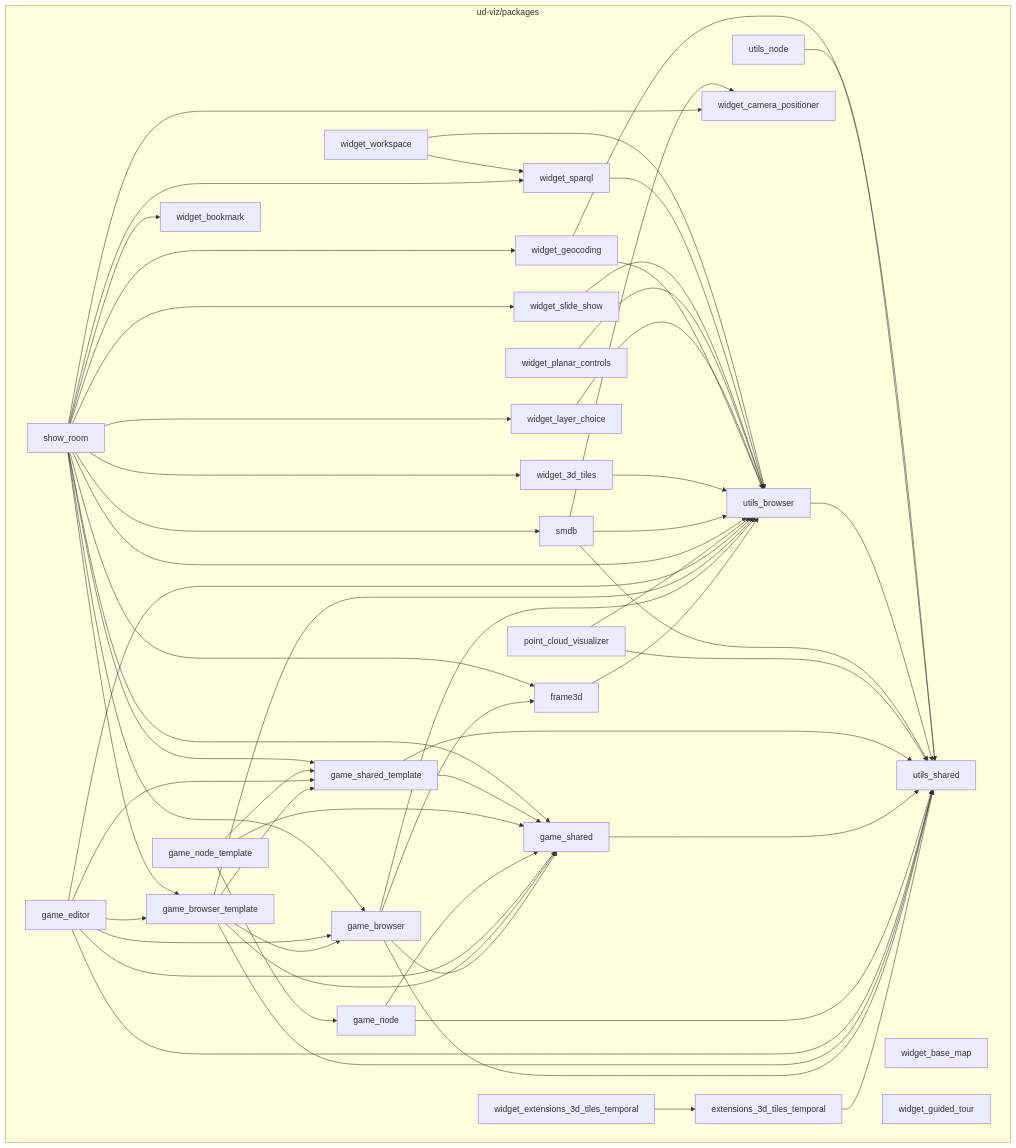
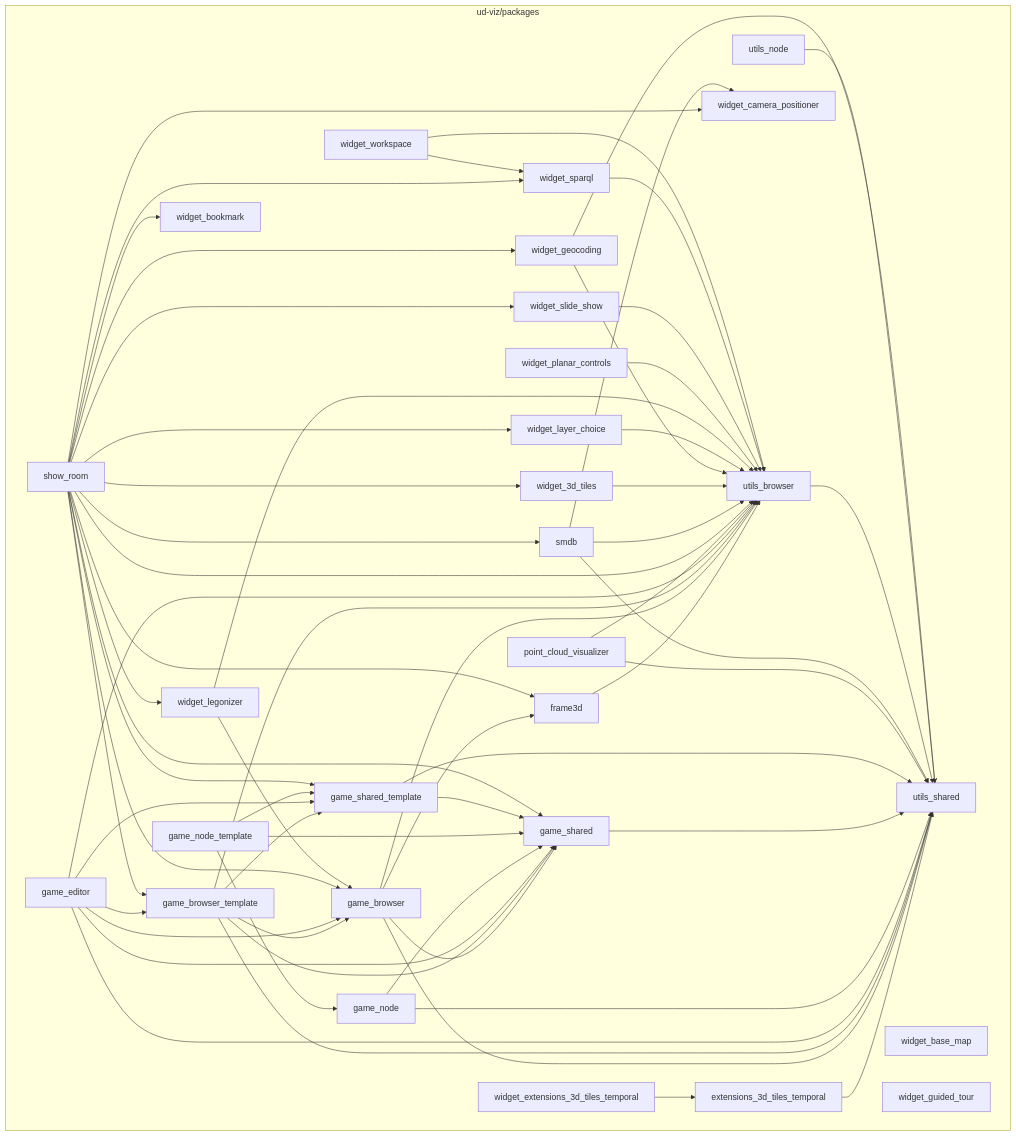
The diagram in docs/static/architecture.md (VCityTeam/UD-Viz), drawn with Mermaid before and after one commit. The commit also changed 35 other files, not shown here.

```diff
--- a/docs/static/architecture.md
+++ b/docs/static/architecture.md
@@ -27,6 +27,7 @@
 widget_geocoding
 widget_guided_tour
 widget_layer_choice
+widget_legonizer
 widget_planar_controls
 widget_slide_show
 widget_sparql
@@ -73,6 +74,7 @@
 show_room-->game_browser_template
 show_room-->game_shared
 show_room-->game_shared_template
+show_room-->widget_legonizer
 smdb-->utils_browser
 smdb-->utils_shared
 smdb-->widget_camera_positioner
@@ -83,6 +85,8 @@
 widget_geocoding-->utils_browser
 widget_geocoding-->utils_shared
 widget_layer_choice-->utils_browser
+widget_legonizer-->game_browser
+widget_legonizer-->utils_browser
 widget_planar_controls-->utils_browser
 widget_slide_show-->utils_browser
 widget_sparql-->utils_browser
```
